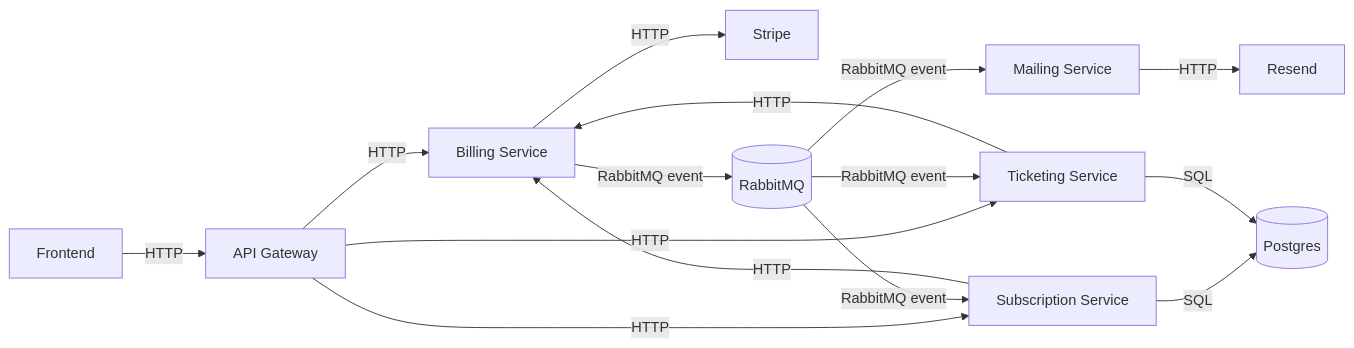
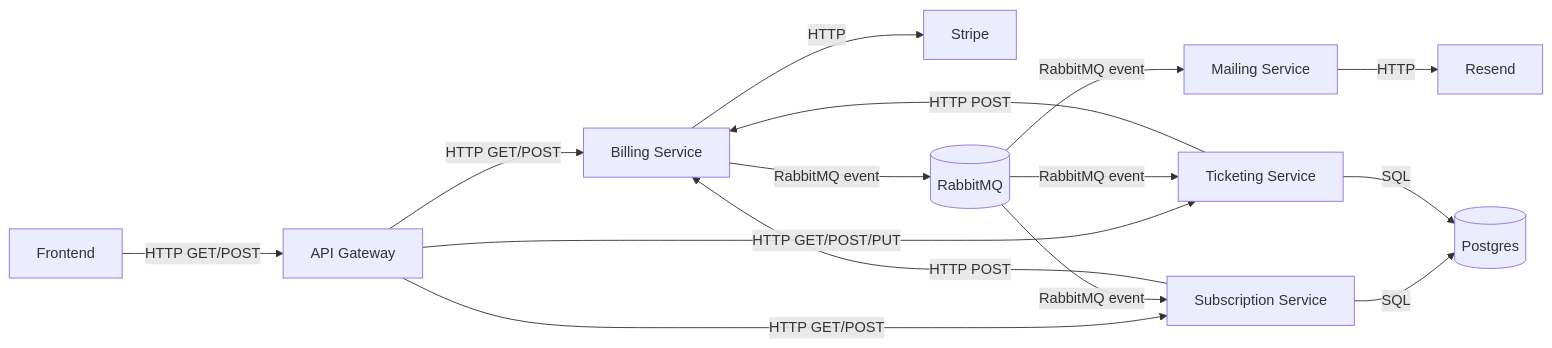
One commit to Adambizien/Event_Thunder changed the third of 5 diagrams in README.md. Above: the diagram before and after it, drawn with Mermaid. The commit also changed other lines of this file, not shown here.

Commit message:
fix: update HTTP methods in architecture diagrams for accuracy

````diff
--- a/README.md
+++ b/README.md
@@ -50,20 +50,20 @@
 ```mermaid
 flowchart LR
-  Frontend[Frontend] -->|HTTP| Gateway[API Gateway]
-  Gateway -->|HTTP| Billing[Billing Service]
-  Gateway -->|HTTP| Subs[Subscription Service]
-  Gateway -->|HTTP| Ticketing[Ticketing Service]
+  Frontend[Frontend] -->|HTTP GET/POST| Gateway[API Gateway]
+  Gateway -->|HTTP GET/POST| Billing[Billing Service]
+  Gateway -->|HTTP GET/POST| Subs[Subscription Service]
+  Gateway -->|HTTP GET/POST/PUT| Ticketing[Ticketing Service]
 
   Subs -->|SQL| Postgres[(Postgres)]
   Ticketing -->|SQL| Postgres
 
-  Subs -->|HTTP| Billing
-  Ticketing -->|HTTP| Billing
+  Subs -->|HTTP POST| Billing
+  Ticketing -->|HTTP POST| Billing
 
   Billing -->|HTTP| Stripe[Stripe]
   Billing -->|RabbitMQ event| Rabbit[(RabbitMQ)]
   Rabbit -->|RabbitMQ event| Subs
   Rabbit -->|RabbitMQ event| Ticketing
   Rabbit -->|RabbitMQ event| Mailing[Mailing Service]
   Mailing -->|HTTP| Resend[Resend]
 ```
````
